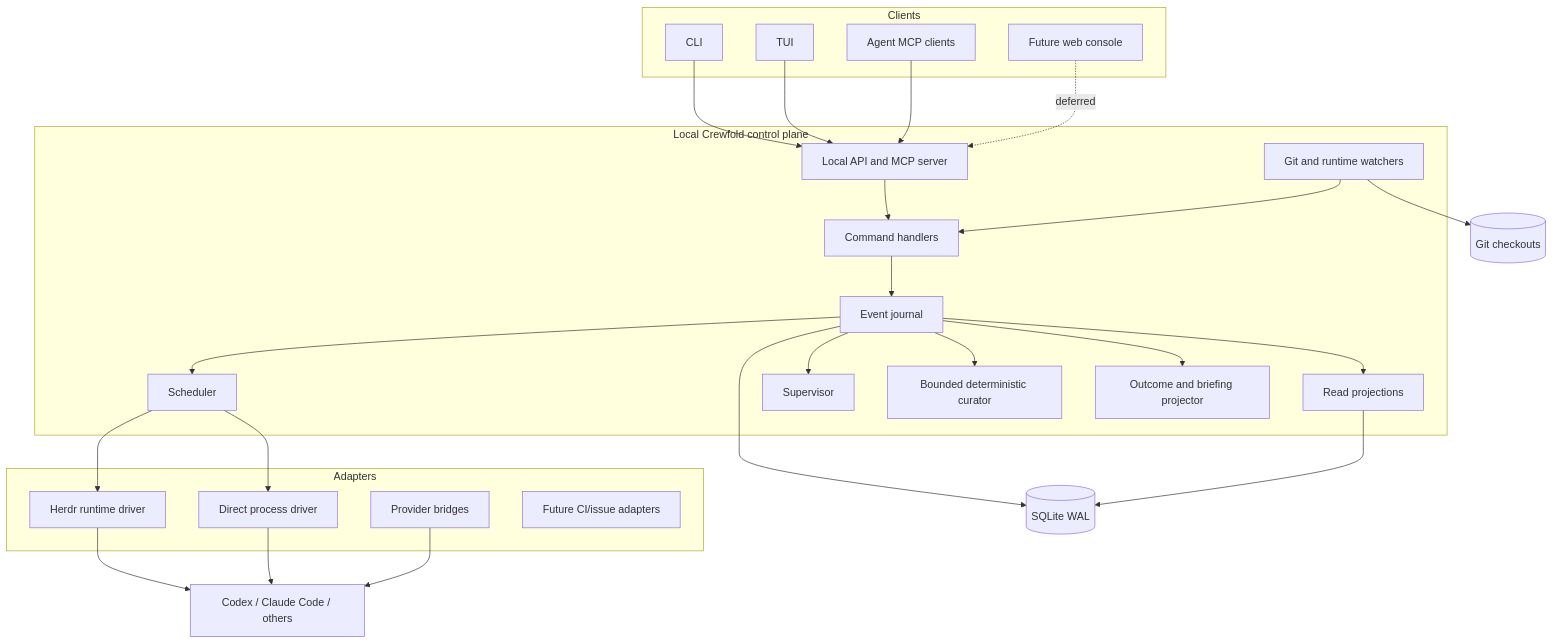
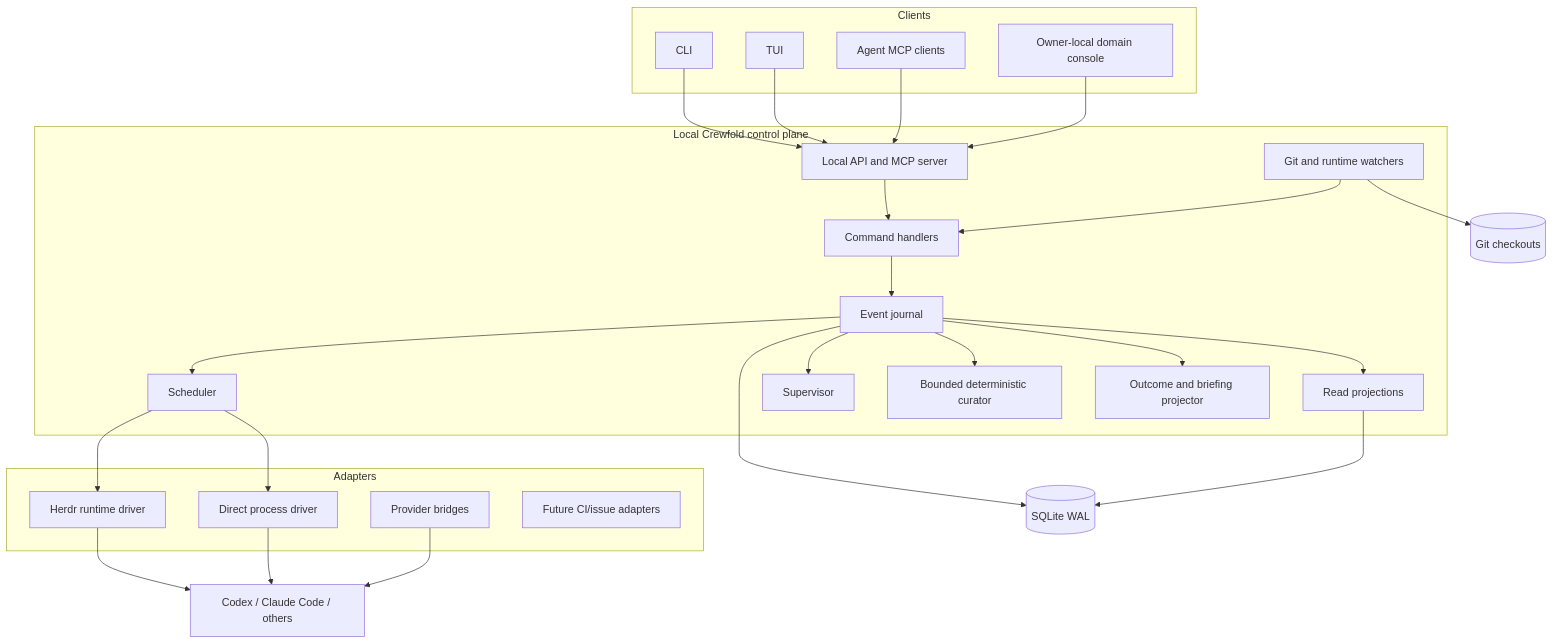
Before and after one commit to SvetlozarValchev/crewfold: the first of 2 diagrams in docs/architecture.md, drawn with Mermaid. The commit also changed other lines of this file and 11 other files, not shown here.

Commit message:
docs: define domain-oriented durable agent console

````diff
--- a/docs/architecture.md
+++ b/docs/architecture.md
@@ -9,53 +9,53 @@
 ```mermaid
 flowchart TB
     subgraph Clients
         CLI[CLI]
         TUI[TUI]
         AgentMCP[Agent MCP clients]
-        FutureWeb[Future web console]
+        Web[Owner-local domain console]
     end
 
     subgraph ControlPlane[Local Crewfold control plane]
         API[Local API and MCP server]
         Commands[Command handlers]
         Journal[Event journal]
         Projections[Read projections]
         Scheduler[Scheduler]
         Supervisor[Supervisor]
         Curator[Bounded deterministic curator]
         Outcomes[Outcome and briefing projector]
         Watchers[Git and runtime watchers]
     end
 
     subgraph Adapters
         HerdrDriver[Herdr runtime driver]
         DirectDriver[Direct process driver]
         ProviderBridge[Provider bridges]
         External[Future CI/issue adapters]
     end
 
     DB[(SQLite WAL)]
     Git[(Git checkouts)]
     Providers[Codex / Claude Code / others]
 
     CLI --> API
     TUI --> API
     AgentMCP --> API
-    FutureWeb -. deferred .-> API
+    Web --> API
     API --> Commands
     Commands --> Journal
     Journal --> Projections
     Journal --> Scheduler
     Journal --> Supervisor
     Journal --> Curator
     Journal --> Outcomes
     Watchers --> Commands
     Journal --> DB
     Projections --> DB
     Scheduler --> HerdrDriver
     Scheduler --> DirectDriver
     HerdrDriver --> Providers
     DirectDriver --> Providers
     ProviderBridge --> Providers
     Watchers --> Git
 ```
````
